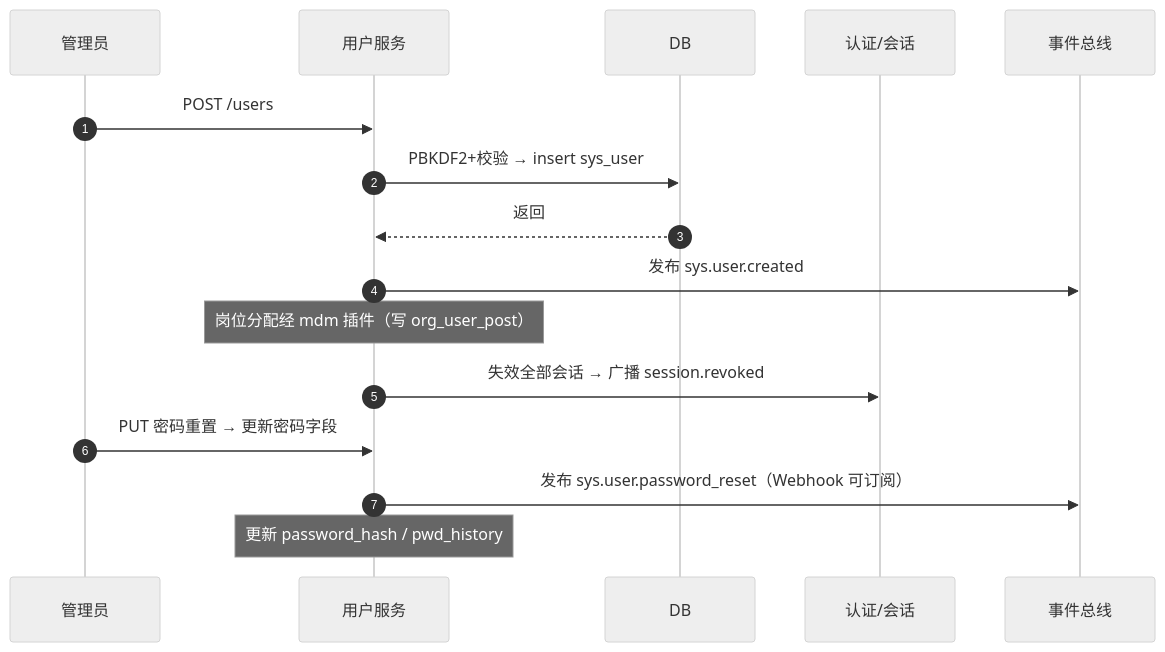
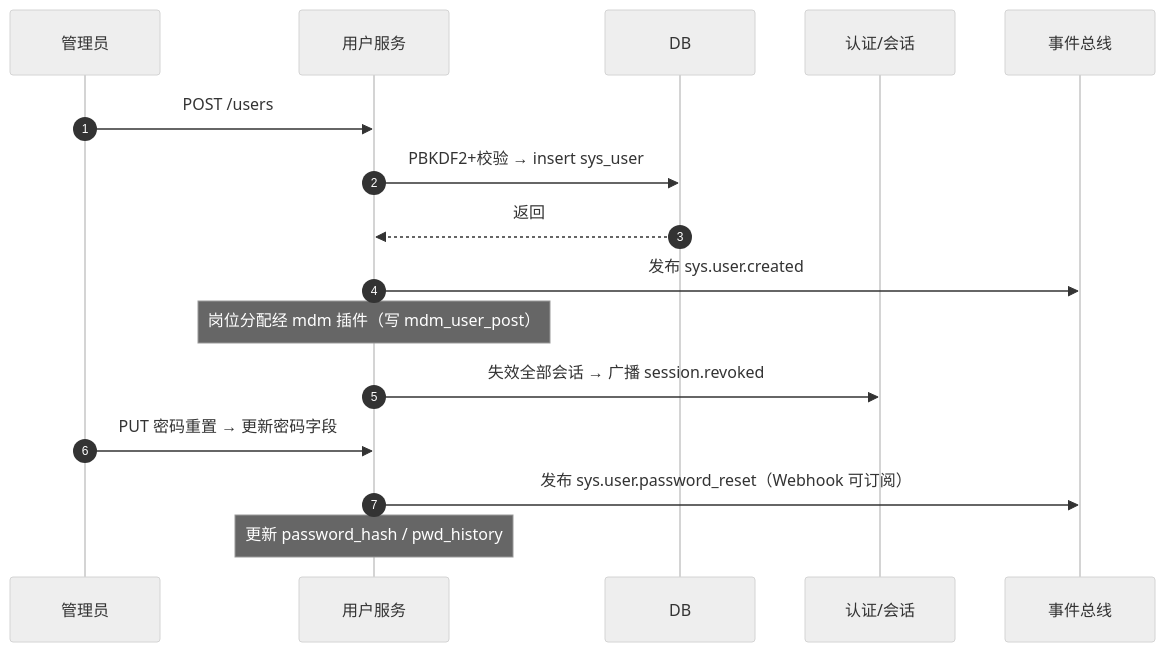
The diagram in bms文档/设计/概要设计/03_概要设计_用户管理.md (minjian123/basic-management-system), drawn with Mermaid (neutral theme) before and after one commit. The commit also changed other lines of this file and 501 other files, not shown here.

````diff
--- a/bms文档/设计/概要设计/03_概要设计_用户管理.md
+++ b/bms文档/设计/概要设计/03_概要设计_用户管理.md
@@ -67,19 +67,19 @@
 ```mermaid
 sequenceDiagram
     autonumber
     participant 管理员
     participant 用户服务
     participant DB
     participant 认证会话 as 认证/会话
     participant 事件总线
 
     管理员->>用户服务: POST /users
     用户服务->>DB: PBKDF2+校验 → insert sys_user
     DB-->>用户服务: 返回
     用户服务->>事件总线: 发布 sys.user.created
-    Note over 用户服务: 岗位分配经 mdm 插件（写 org_user_post）
+    Note over 用户服务: 岗位分配经 mdm 插件（写 mdm_user_post）
     用户服务->>认证会话: 失效全部会话 → 广播 session.revoked
     管理员->>用户服务: PUT 密码重置 → 更新密码字段
     用户服务->>事件总线: 发布 sys.user.password_reset（Webhook 可订阅）
     Note over 用户服务: 更新 password_hash / pwd_history
 ```
````
